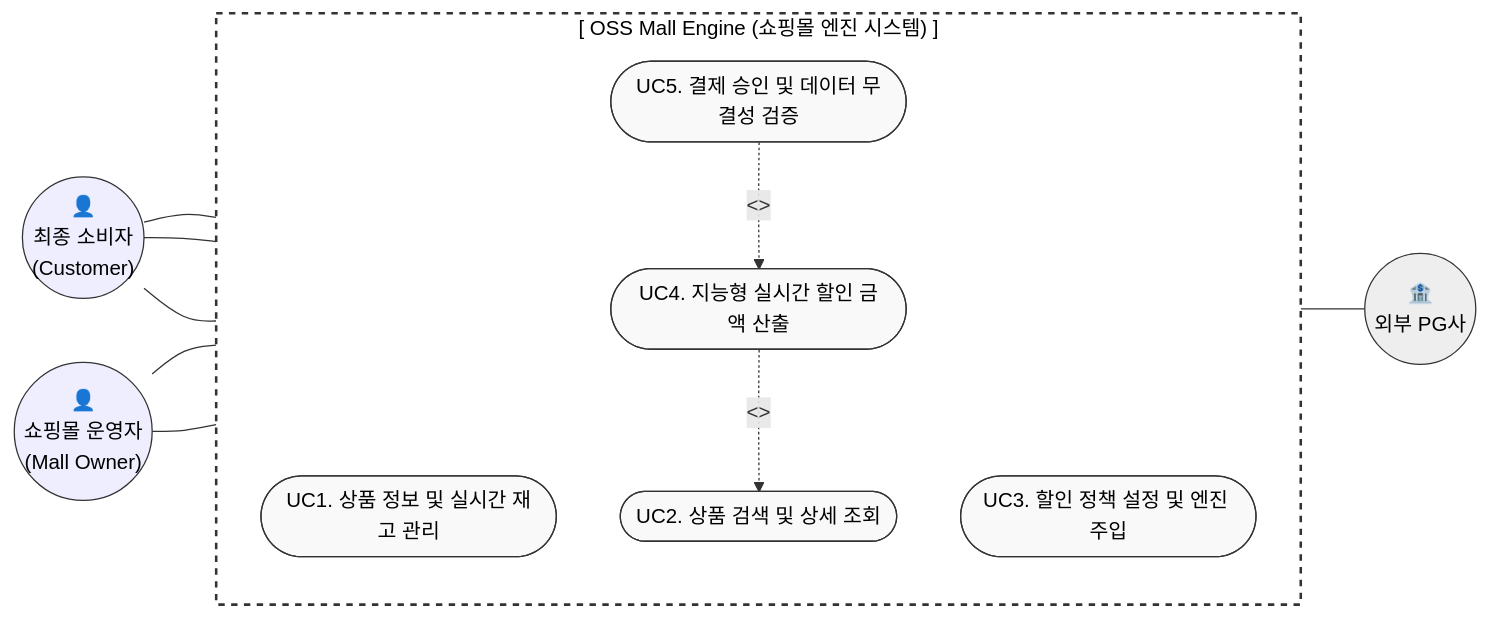
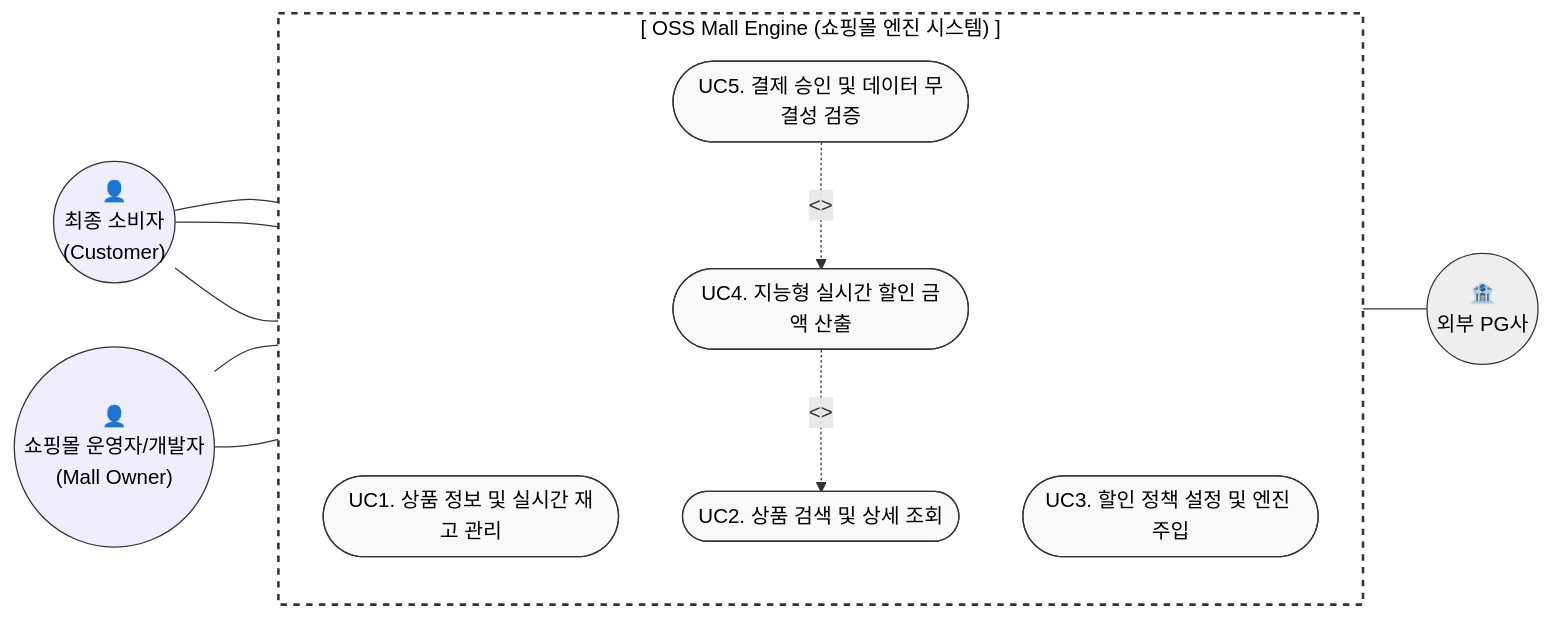
The first of 3 diagrams in Analysis_22212025_이진녕.md (dlwlssud123/OSS_shopping), drawn with Mermaid before and after one commit. The commit also changed other lines of this file, not shown here.

````diff
--- a/Analysis_22212025_이진녕.md
+++ b/Analysis_22212025_이진녕.md
@@ -55,42 +56,42 @@
 ```mermaid
 flowchart LR
     %% 액터 설정 (원형 노드와 아이콘으로 액터 표현)
     Customer(("👤<br>최종 소비자<br>(Customer)"))
-    Owner(("👤<br>쇼핑몰 운영자<br>(Mall Owner)"))
+    Owner(("👤<br>쇼핑몰 운영자/개발자<br>(Mall Owner)"))
     PG(("🏦<br>외부 PG사"))
 
     %% 시스템 경계 (subgraph 타이틀로 중앙 정렬 구현)
     subgraph OSS_Engine ["[ OSS Mall Engine (쇼핑몰 엔진 시스템) ]"]
         direction TB
         
         UC1(["UC1. 상품 정보 및 실시간 재고 관리"])
         UC2(["UC2. 상품 검색 및 상세 조회"])
         UC3(["UC3. 할인 정책 설정 및 엔진 주입"])
         UC4(["UC4. 지능형 실시간 할인 금액 산출"])
         UC5(["UC5. 결제 승인 및 데이터 무결성 검증"])
     end
 
     %% 연결 관계
     Customer --- UC2
     Customer --- UC4
     Customer --- UC5
 
     Owner --- UC1
     Owner --- UC3
 
     UC5 --- PG
     
     UC4 -. "<<include>>" .-> UC2
     UC5 -. "<<include>>" .-> UC4
 
     %% 스타일링 (글자 색상을 검은색 #000으로 명시적 고정)
     style OSS_Engine fill:#ffffff,stroke:#333,stroke-width:2px,stroke-dasharray: 5 5,color:#000
     style UC1 fill:#f9f9f9,stroke:#333,color:#000
     style UC2 fill:#f9f9f9,stroke:#333,color:#000
     style UC3 fill:#f9f9f9,stroke:#333,color:#000
     style UC4 fill:#f9f9f9,stroke:#333,color:#000
     style UC5 fill:#f9f9f9,stroke:#333,color:#000
     style Customer fill:#eef,stroke:#333,color:#000
     style Owner fill:#eef,stroke:#333,color:#000
     style PG fill:#eee,stroke:#333,color:#000
 ```
````
